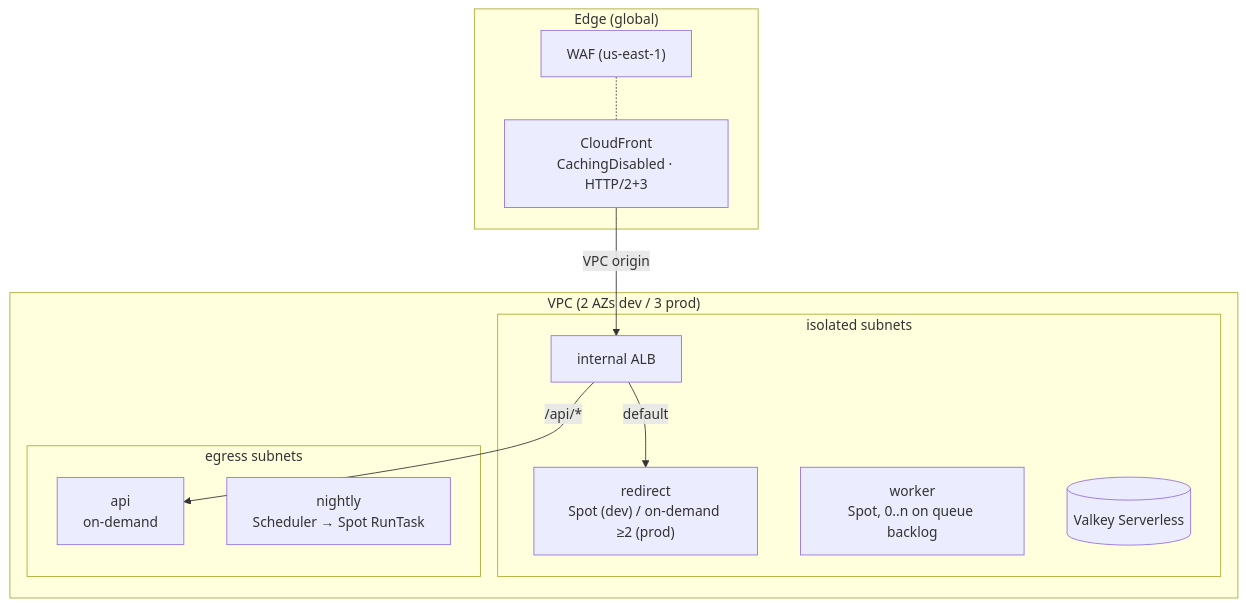
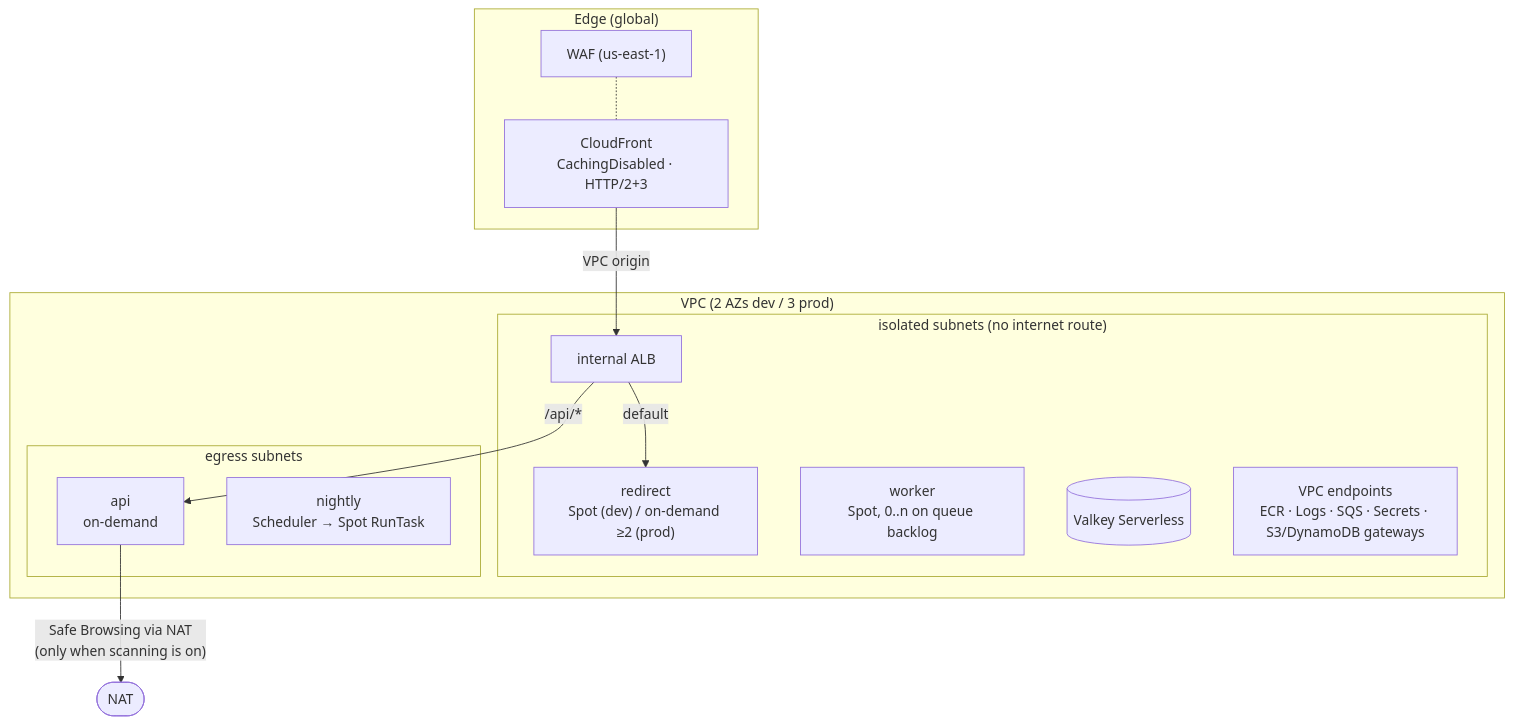
Before and after one commit to perspectivism/url-shortener-ecs-fargate: the fifth of 5 diagrams in docs/design.md, drawn with Mermaid. The commit also changed other lines of this file and 12 other files, not shown here.

````diff
--- a/docs/design.md
+++ b/docs/design.md
@@ -31,23 +277,25 @@
 ```mermaid
 flowchart TB
     subgraph edge["Edge (global)"]
         cf["CloudFront<br/>CachingDisabled · HTTP/2+3"]
         waf["WAF (us-east-1)"]
     end
     subgraph vpc["VPC (2 AZs dev / 3 prod)"]
-        subgraph iso["isolated subnets"]
+        subgraph iso["isolated subnets (no internet route)"]
             alb["internal ALB"]
             redirect["redirect<br/>Spot (dev) / on-demand ≥2 (prod)"]
             worker["worker<br/>Spot, 0..n on queue backlog"]
             valkey[("Valkey Serverless")]
+            vpce["VPC endpoints<br/>ECR · Logs · SQS · Secrets · S3/DynamoDB gateways"]
         end
         subgraph egress["egress subnets"]
             api["api<br/>on-demand"]
             nightly["nightly<br/>Scheduler → Spot RunTask"]
         end
     end
     waf -.- cf
     cf -->|"VPC origin"| alb
     alb -->|"default"| redirect
     alb -->|"/api/*"| api
+    api -->|"Safe Browsing via NAT<br/>(only when scanning is on)"| nat(["NAT"])
 ```
````
